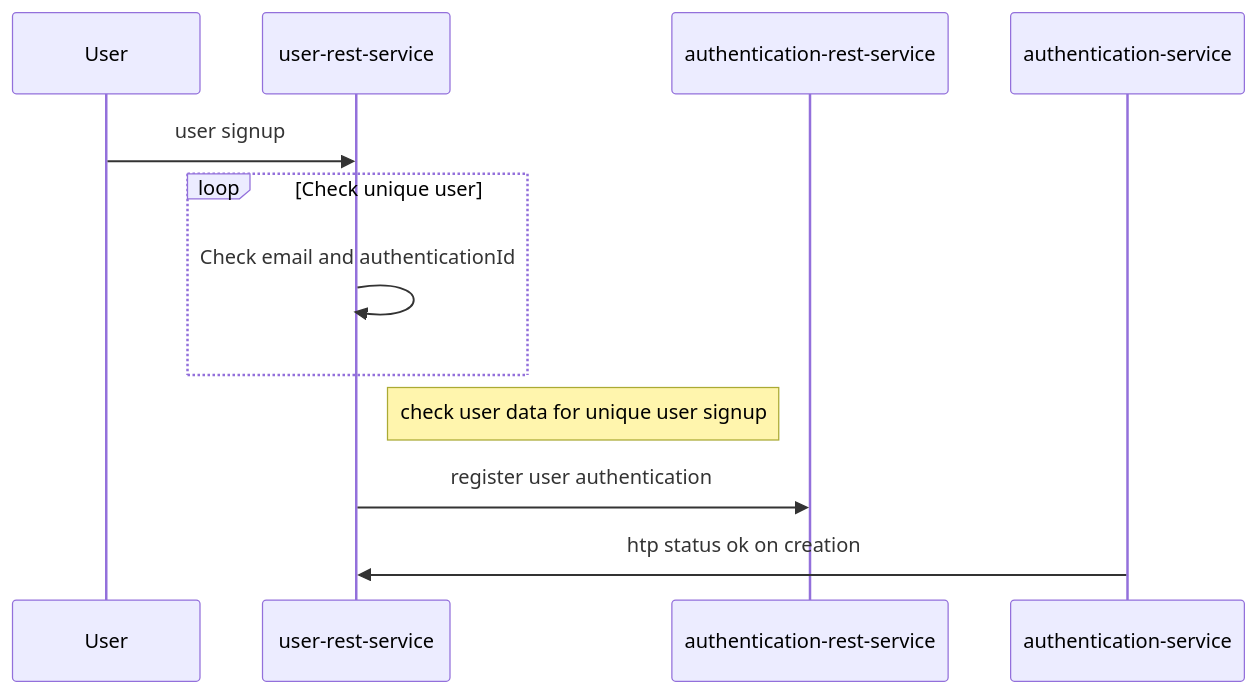
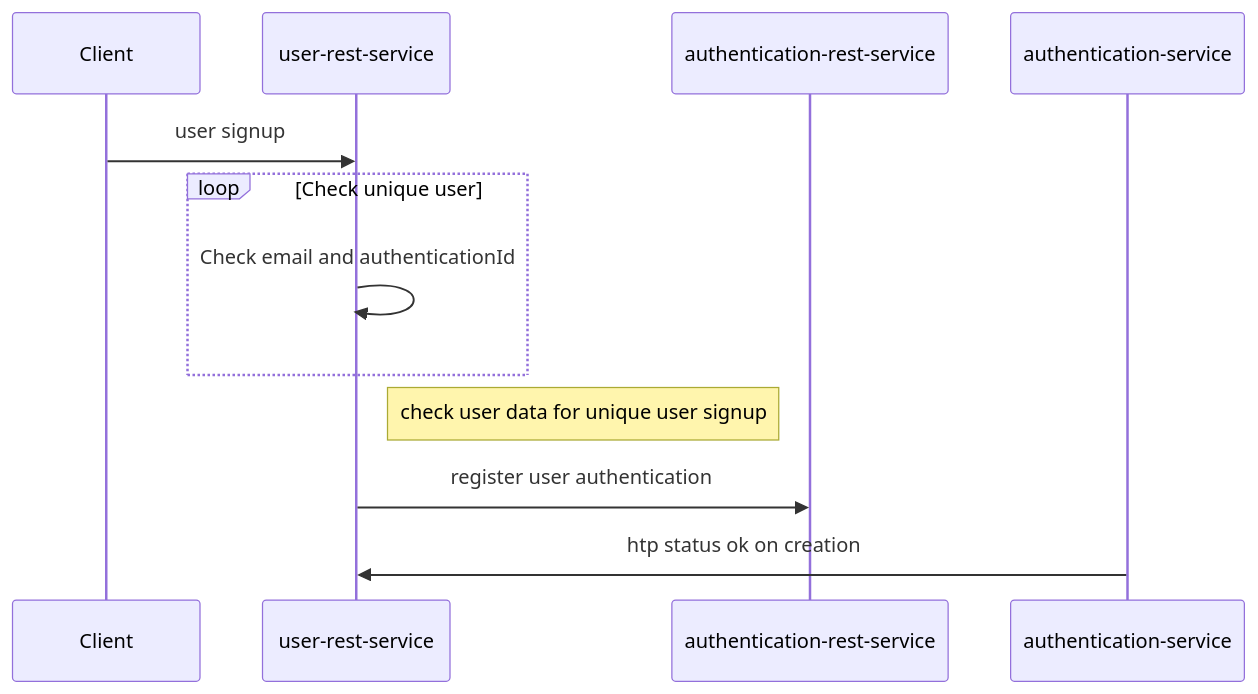
One commit to sonamsamdupkhangsar/user-rest-service changed the third of 4 diagrams in README.md. Above: the diagram before and after it, drawn with Mermaid.

Commit message:
test readme

````diff
--- a/README.md
+++ b/README.md
@@ -94,13 +94,13 @@
 ```mermaid 
 sequenceDiagram
-    participant User
+    participant Client
     participant user-rest-service
     participant authentication-rest-service
-    User->>user-rest-service: user signup
+    Client->>user-rest-service: user signup
     loop Check unique user
         user-rest-service->>user-rest-service: Check email and authenticationId 
     end
     Note right of user-rest-service: check user data for unique user signup
     user-rest-service ->> authentication-rest-service: register user authentication
     authentication-service ->> user-rest-service: htp status ok on creation
 ```
````
